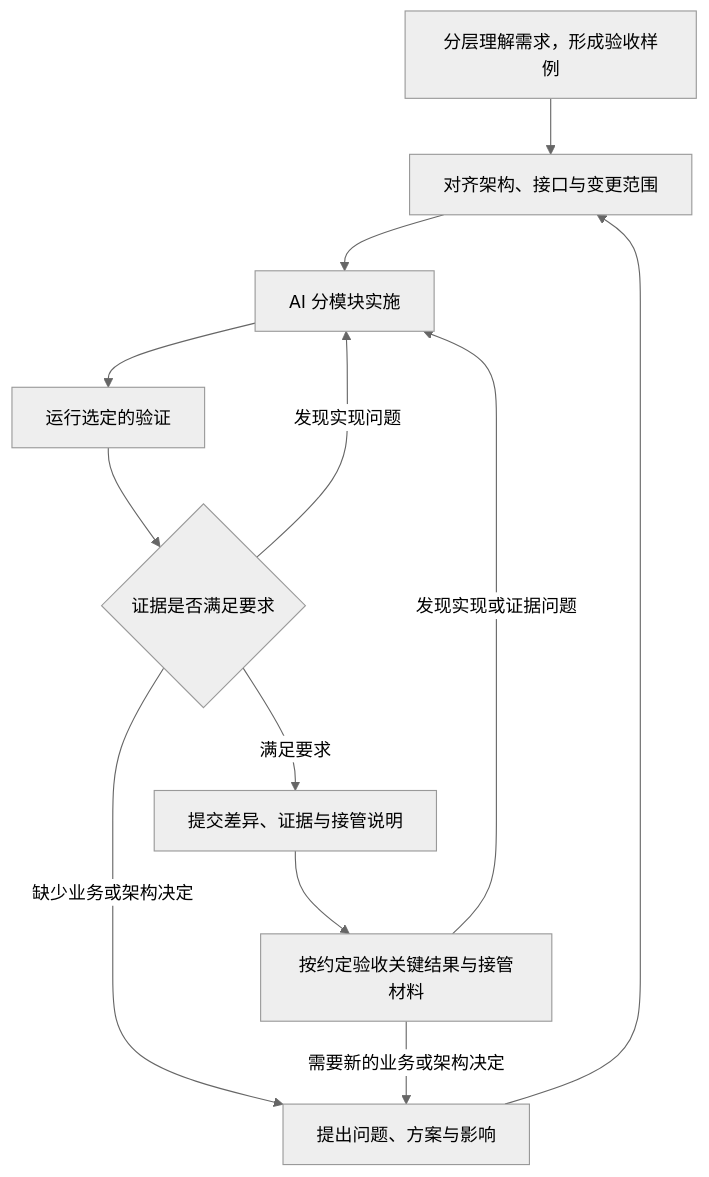
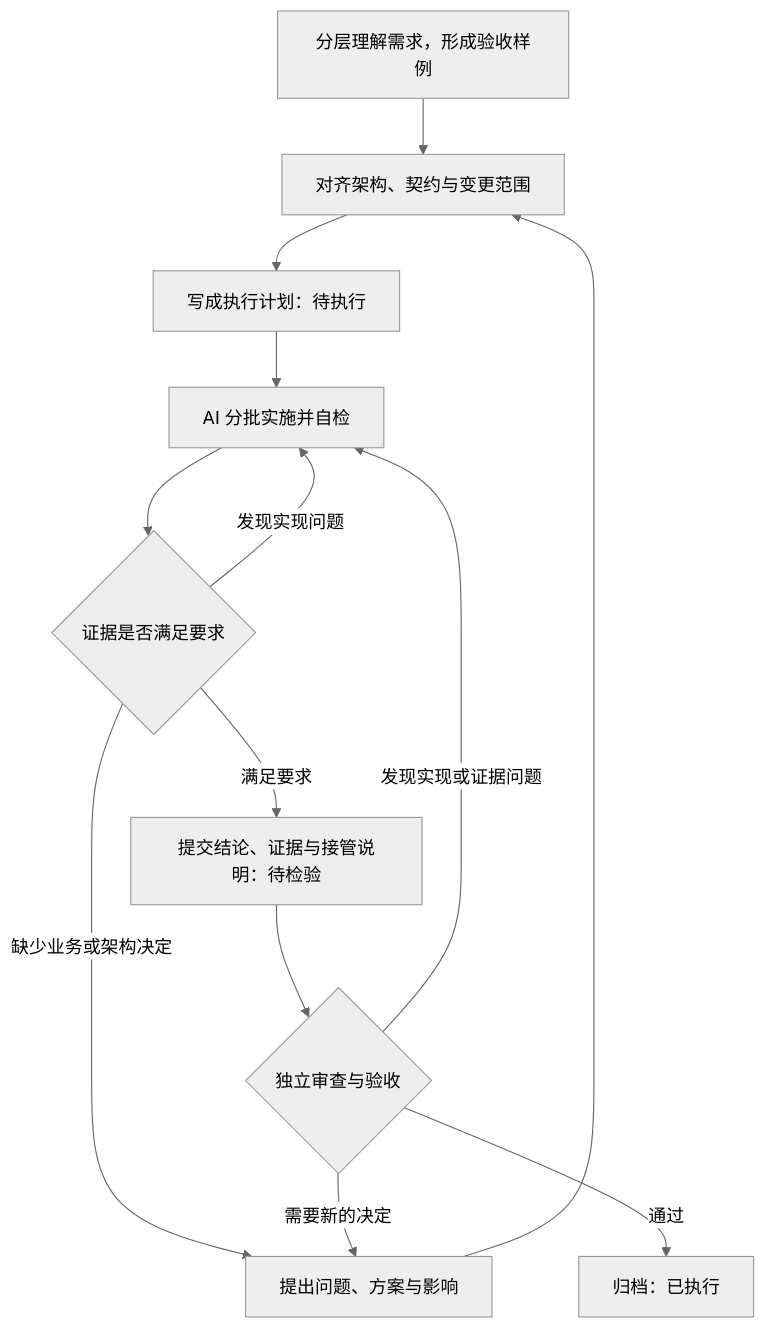
One commit to zh405557524/ai-prompt changed the second of 2 diagrams in README.md. Above: the diagram before and after it, drawn with Mermaid (neutral theme). The commit also changed other lines of this file, not shown here.

````diff
--- a/README.md
+++ b/README.md
@@ -336,14 +751,15 @@
 ```mermaid
 flowchart TD
-    A["分层理解需求，形成验收样例"] --> B["对齐架构、接口与变更范围"]
-    B --> C["AI 分模块实施"]
-    C --> D["运行选定的验证"]
-    D --> E{"证据是否满足要求"}
-    E -->|"发现实现问题"| C
-    E -->|"缺少业务或架构决定"| F["提出问题、方案与影响"]
+    A["分层理解需求，形成验收样例"] --> B["对齐架构、契约与变更范围"]
+    B --> P["写成执行计划：待执行"]
+    P --> C["AI 分批实施并自检"]
+    C --> D{"证据是否满足要求"}
+    D -->|"发现实现问题"| C
+    D -->|"缺少业务或架构决定"| F["提出问题、方案与影响"]
     F --> B
-    E -->|"满足要求"| G["提交差异、证据与接管说明"]
-    G --> H["按约定验收关键结果与接管材料"]
+    D -->|"满足要求"| G["提交结论、证据与接管说明：待检验"]
+    G --> H{"独立审查与验收"}
     H -->|"发现实现或证据问题"| C
-    H -->|"需要新的业务或架构决定"| F
+    H -->|"需要新的决定"| F
+    H -->|"通过"| I["归档：已执行"]
 ```
````
